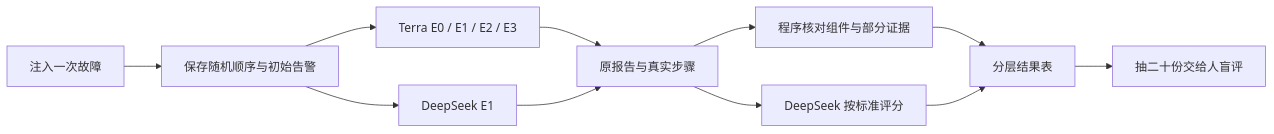
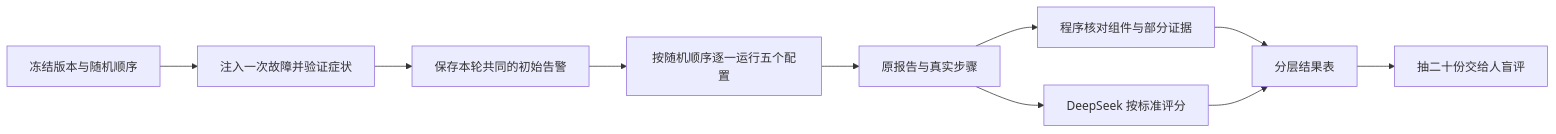
One commit to Li-Nepenthe/opsdoctor changed the diagram in docs/learn/phase-08-eval.md. Above: the diagram before and after it, drawn with Mermaid. The commit also changed other lines of this file and 46 other files, not shown here.

````diff
--- a/docs/learn/phase-08-eval.md
+++ b/docs/learn/phase-08-eval.md
@@ -9,13 +9,12 @@
 ```mermaid
 flowchart LR
-    F[注入一次故障] --> O[保存随机顺序与初始告警]
-    O --> T[Terra E0 / E1 / E2 / E3]
-    O --> D[DeepSeek E1]
+    O[冻结版本与随机顺序] --> F[注入一次故障并验证症状]
+    F --> A[保存本轮共同的初始告警]
+    A --> T[按随机顺序逐一运行五个配置]
     T --> R[原报告与真实步骤]
-    D --> R
     R --> P[程序核对组件与部分证据]
     R --> J[DeepSeek 按标准评分]
     P --> V[分层结果表]
     J --> V
     V --> H[抽二十份交给人盲评]
 ```
````
